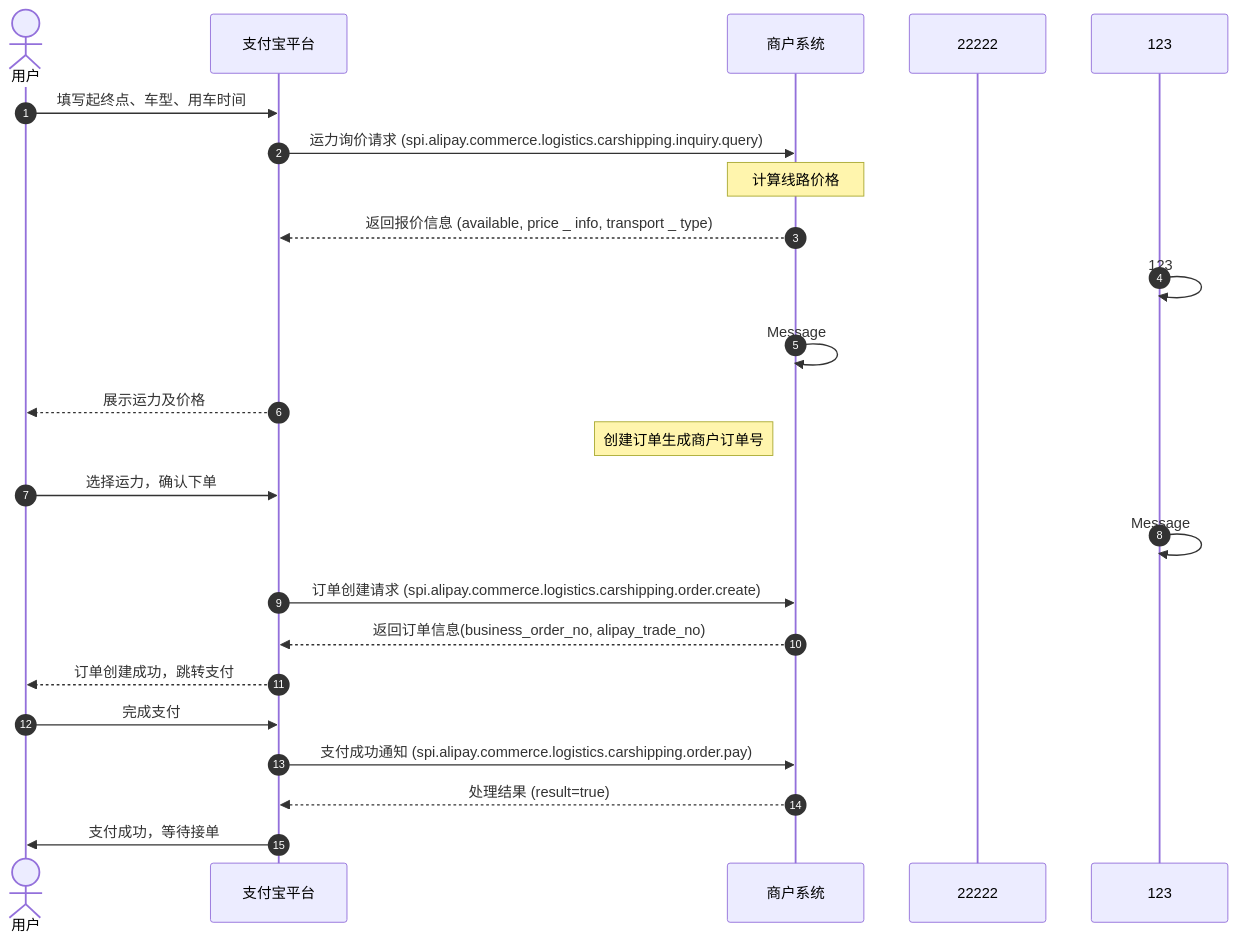
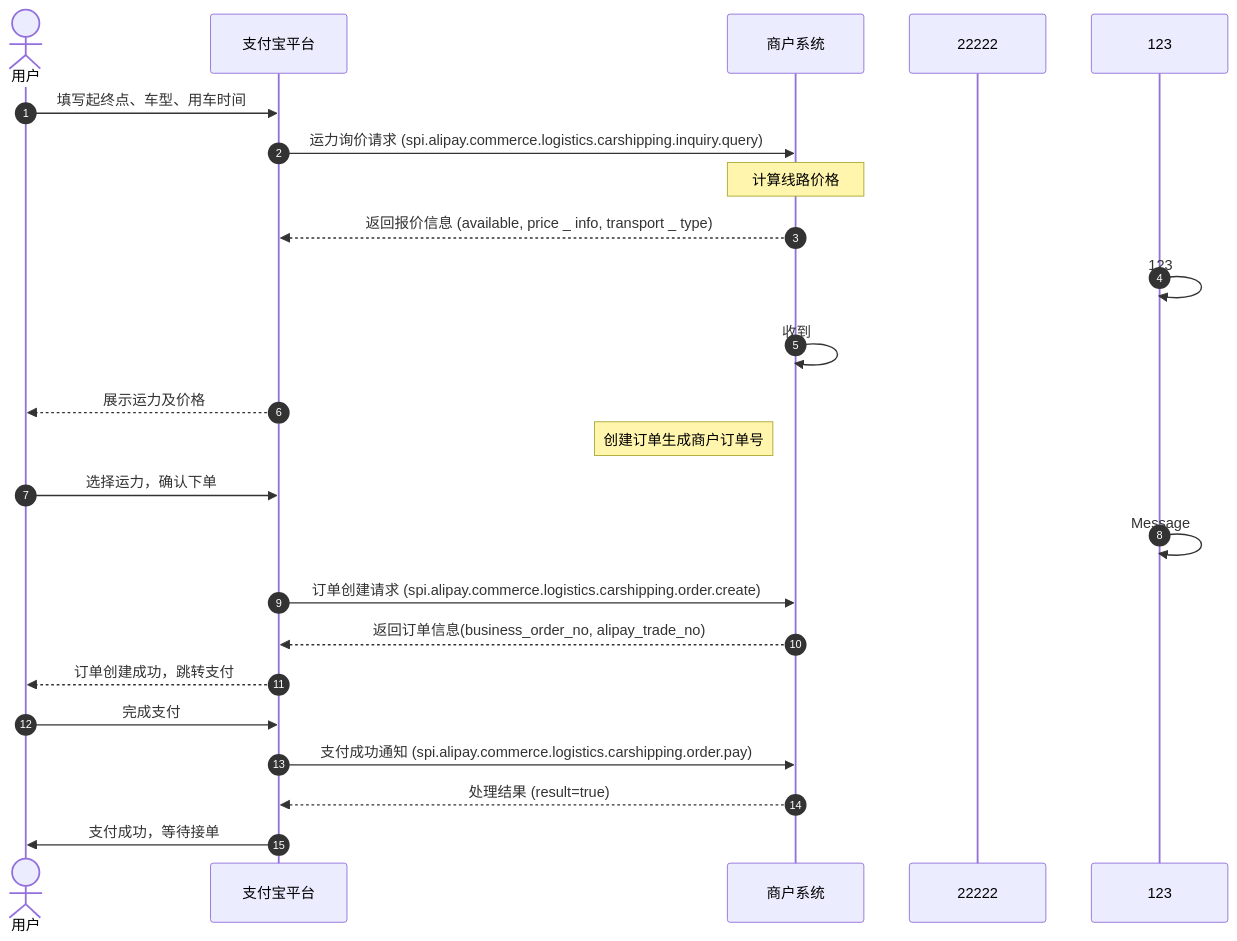
Before and after one commit to pingpm/mermaid_vault: the diagram in notes/test_dba1b258-be6a-414c-9967-aedbcccfa44f.md, drawn with Mermaid. The commit also changed 2 other files, not shown here.

Commit message:
Sync Mermaid Studio data (8 diagrams)

````diff
--- a/notes/test_dba1b258-be6a-414c-9967-aedbcccfa44f.md
+++ b/notes/test_dba1b258-be6a-414c-9967-aedbcccfa44f.md
@@ -3,27 +3,27 @@
 ```mermaid
 sequenceDiagram
   autonumber
   actor p0 as 用户
   participant p1 as 支付宝平台
   participant p2 as 商户系统
   participant p3 as 22222
   participant p4 as 123
   p0->>p1: 填写起终点、⻋型、⽤⻋时间
   p1->>p2: 运⼒询价请求 (spi.alipay.commerce.logistics.carshipping.inquiry.query)
   Note over p2: 计算线路价格
   p2-->>p1: 返回报价信息 (available, price _ info, transport _ type)
   p4->>p4: 123
-  p2->>p2: Message
+  p2->>p2: 收到
   p1-->>p0: 展示运⼒及价格
   Note left of p2: 创建订单⽣成商户订单号
   p0->>p1: 选择运⼒，确认下单
   p4->>p4: Message
   p1->>p2: 订单创建请求 (spi.alipay.commerce.logistics.carshipping.order.create)
   p2-->>p1: 返回订单信息(business_order_no, alipay_trade_no)
   p1-->>p0: 订单创建成功，跳转⽀付
   p0->>p1: 完成⽀付
   p1->>p2: ⽀付成功通知 (spi.alipay.commerce.logistics.carshipping.order.pay)
   p2-->>p1: 处理结果 (result=true)
   p1->>p0: ⽀付成功，等待接单
 
 ```
````
